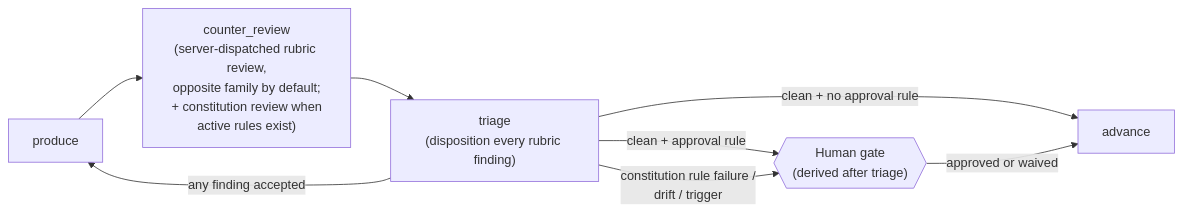
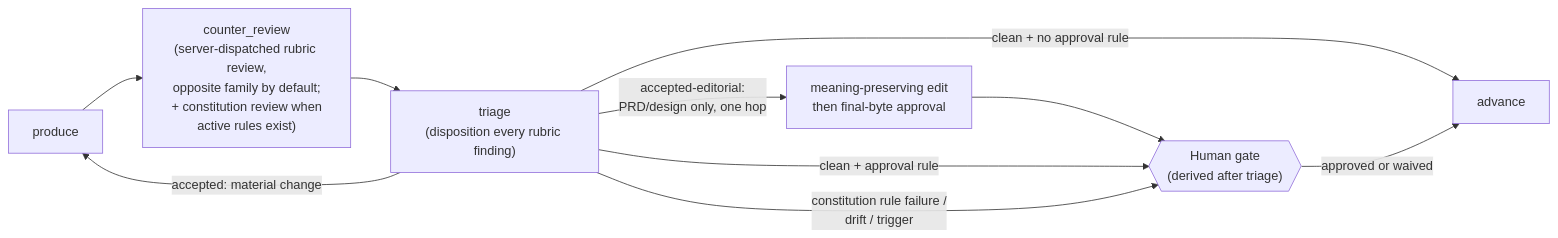
One commit to Aroton/ArchflowV2 changed the second of 2 diagrams in docs/OVERVIEW.md. Above: the diagram before and after it, drawn with Mermaid. The commit also changed other lines of this file and 178 other files, not shown here.

````diff
--- a/docs/OVERVIEW.md
+++ b/docs/OVERVIEW.md
@@ -61,10 +61,12 @@
 ```mermaid
 flowchart LR
     P[produce] --> CR["counter_review<br/>(server-dispatched rubric review,<br/>opposite family by default;<br/>+ constitution review when<br/>active rules exist)"]
     CR --> T["triage<br/>(disposition every rubric finding)"]
-    T -->|"any finding accepted"| P
+    T -->|"accepted: material change"| P
+    T -->|"accepted-editorial:<br/>PRD/design only, one hop"| PE["meaning-preserving edit<br/>then final-byte approval"]
+    PE --> G
     T -->|"clean + no approval rule"| Adv[advance]
     T -->|"clean + approval rule"| G
     T -->|"constitution rule failure /<br/>drift / trigger"| G{{"Human gate<br/>(derived after triage)"}}
     G -->|approved or waived| Adv
 ```
````
